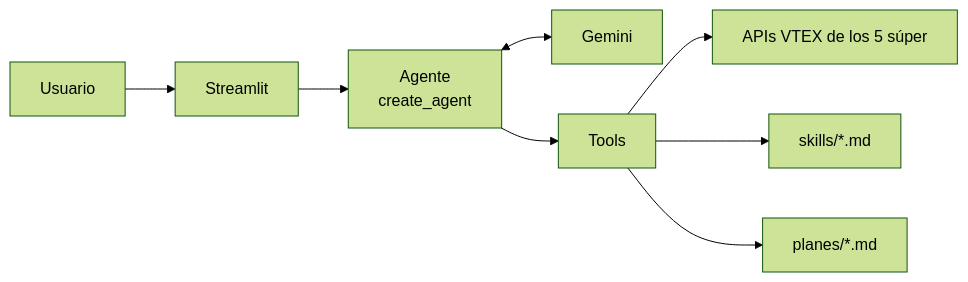
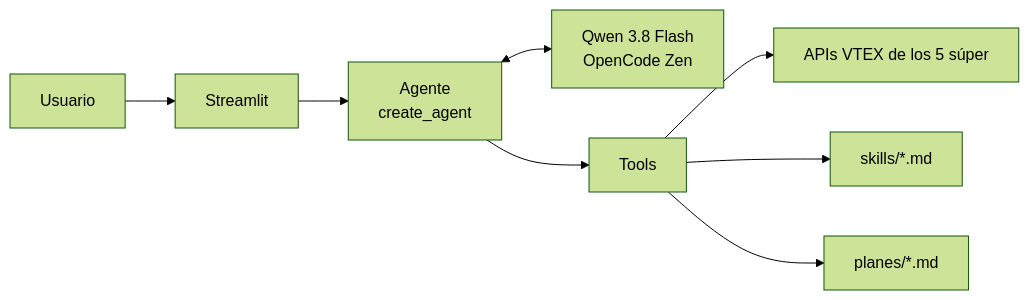
The diagram in README.md (cuellojoaquinn/agente-de-supermercado), drawn with Mermaid (forest theme) before and after one commit. The commit also changed other lines of this file and 3 other files, not shown here.

````diff
--- a/README.md
+++ b/README.md
@@ -32,8 +34,8 @@
 ```mermaid
 flowchart LR
     U[Usuario] --> UI[Streamlit] --> A[Agente<br>create_agent]
-    A <--> LLM[Gemini]
+    A <--> LLM[Qwen 3.8 Flash<br>OpenCode Zen]
     A --> T[Tools] --> V[APIs VTEX de los 5 súper]
     T --> S[skills/*.md]
     T --> P[planes/*.md]
 ```
````
